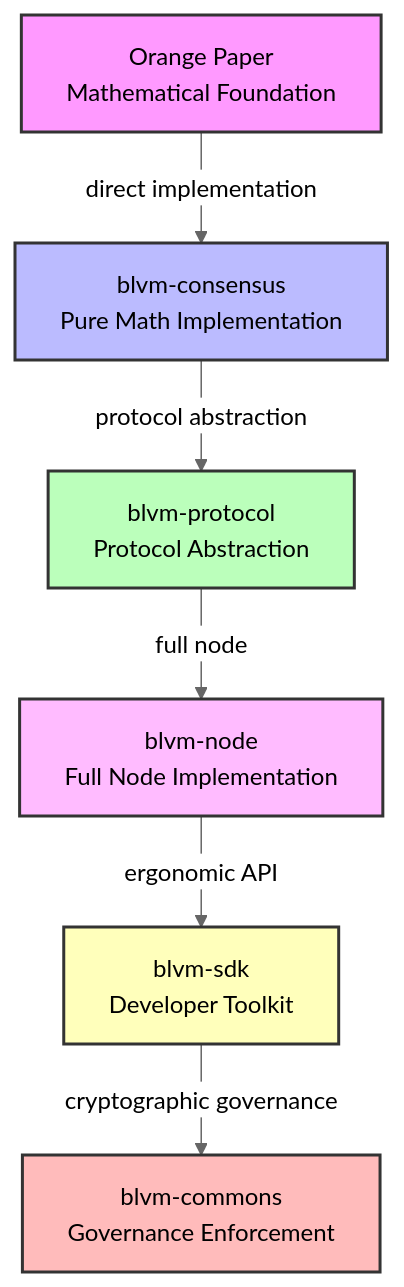
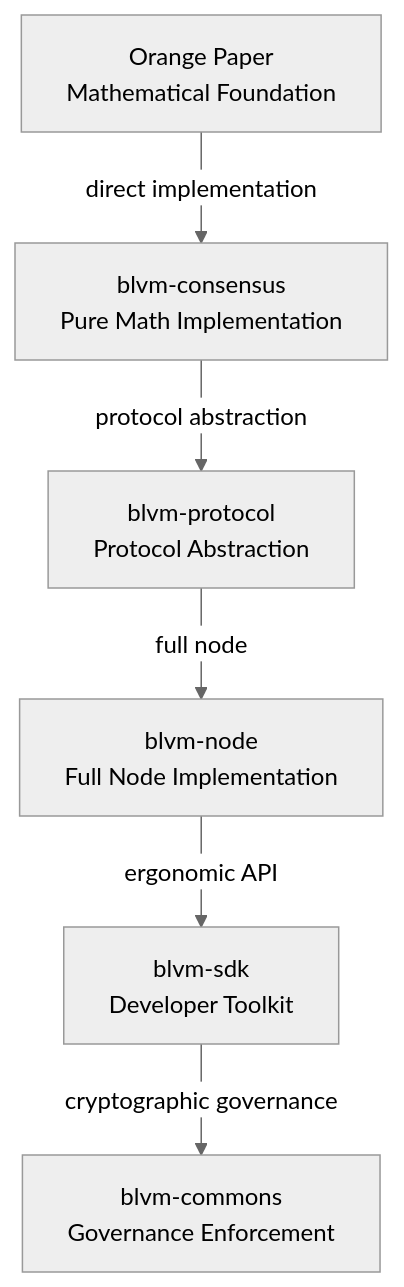
One commit to BTCDecoded/blvm-docs changed the diagram in src/architecture/system-overview.md. Above: the diagram before and after it, drawn with Mermaid (neutral theme). The commit also changed 18 other files, not shown here.

First line of the commit message:
docs: trim redundant mermaid charts and add operator decision flows

````diff
--- a/src/architecture/system-overview.md
+++ b/src/architecture/system-overview.md
@@ -11,22 +11,15 @@
 ```mermaid
 graph TB
     L1[Orange Paper<br/>Mathematical Foundation]
     L2[blvm-consensus<br/>Pure Math Implementation]
     L3[blvm-protocol<br/>Protocol Abstraction]
     L4[blvm-node<br/>Full Node Implementation]
     L5[blvm-sdk<br/>Developer Toolkit]
     L6[blvm-commons<br/>Governance Enforcement]
     
     L1 -->|direct implementation| L2
     L2 -->|protocol abstraction| L3
     L3 -->|full node| L4
     L4 -->|ergonomic API| L5
     L5 -->|cryptographic governance| L6
-    
-    style L1 fill:#f9f,stroke:#333,stroke-width:2px
-    style L2 fill:#bbf,stroke:#333,stroke-width:2px
-    style L3 fill:#bfb,stroke:#333,stroke-width:2px
-    style L4 fill:#fbf,stroke:#333,stroke-width:2px
-    style L5 fill:#ffb,stroke:#333,stroke-width:2px
-    style L6 fill:#fbb,stroke:#333,stroke-width:2px
 ```
````
